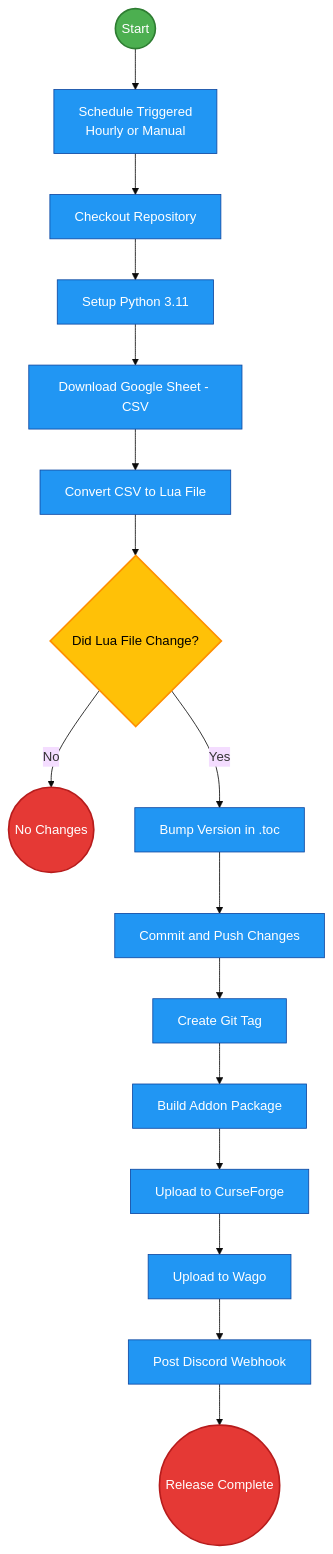
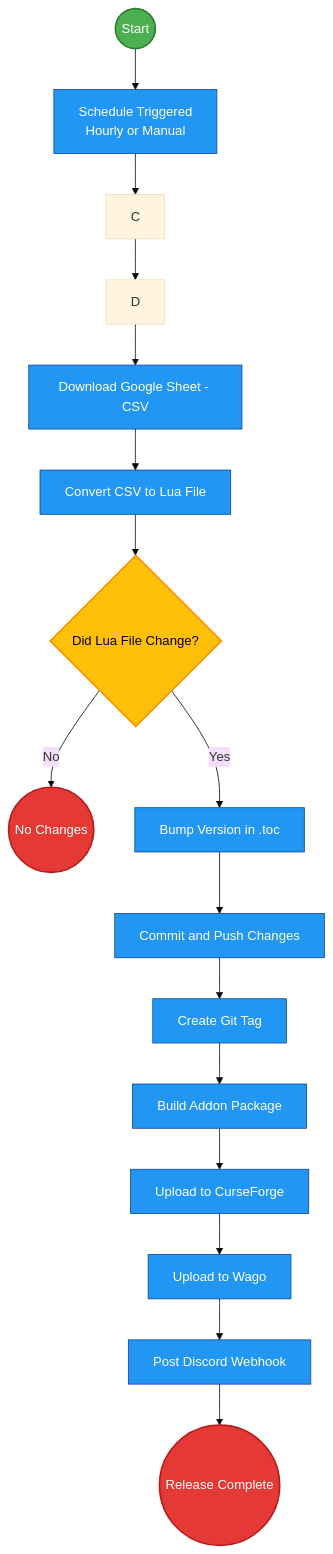
Before and after one commit to Devbezos/Larias-Weekly-Checklist: the diagram in README.md, drawn with Mermaid (base theme).

````diff
--- a/README.md
+++ b/README.md
@@ -1,30 +1,28 @@
 ```mermaid
 flowchart TD
 
     A((Start)):::start
     B[Schedule Triggered<br/>Hourly or Manual]:::process
-    C[Checkout Repository]:::process
-    D[Setup Python 3.11]:::process
     E[Download Google Sheet - CSV]:::process
     F[Convert CSV to Lua File]:::process
     G{Did Lua File Change?}:::decision
 
     H((No Changes)):::finish
     I[Bump Version in .toc]:::process
     J[Commit and Push Changes]:::process
     K[Create Git Tag]:::process
     L[Build Addon Package]:::process
     M[Upload to CurseForge]:::process
     N[Upload to Wago]:::process
     O[Post Discord Webhook]:::process
     P((Release Complete)):::finish
 
     A --> B --> C --> D --> E --> F --> G
     G -- No --> H
     G -- Yes --> I --> J --> K --> L --> M --> N --> O --> P
 
     classDef start fill:#4CAF50,color:#fff,stroke:#2E7D32,stroke-width:2px;
     classDef finish fill:#E53935,color:#fff,stroke:#B71C1C,stroke-width:2px;
     classDef process fill:#2196F3,color:#fff,stroke:#0D47A1,stroke-width:1px;
     classDef decision fill:#FFC107,color:#000,stroke:#FF8F00,stroke-width:2px;
 ```
````
